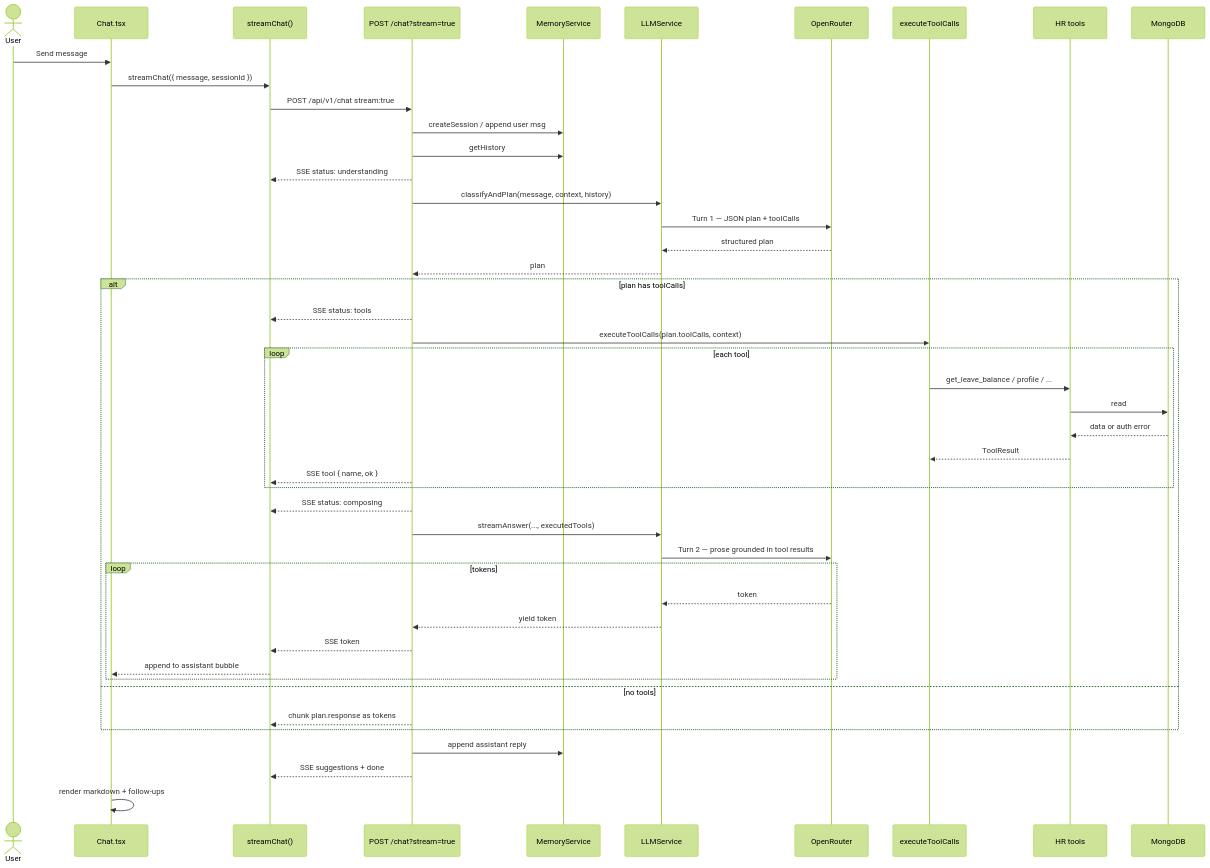
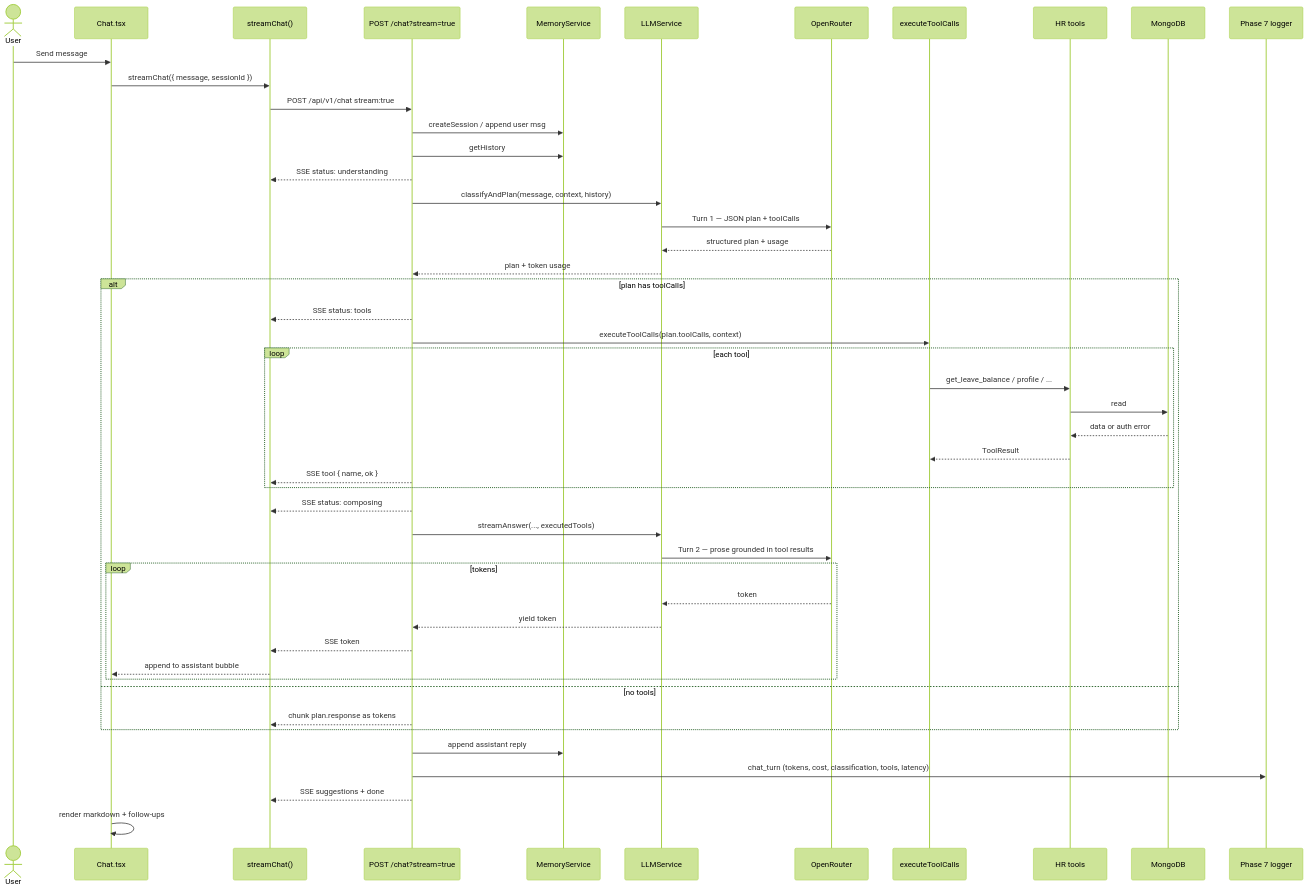
The fifth of 11 diagrams in ARCHITECTURE.md (sriramkasyap/Airtribe-AI-HR-Helpdesk-Assistant), drawn with Mermaid (forest theme) before and after one commit. The commit also changed other lines of this file and 21 other files, not shown here.

Commit message:
feat: enhance chat logging and cost tracking

````diff
--- a/ARCHITECTURE.md
+++ b/ARCHITECTURE.md
@@ -163,53 +163,55 @@
 ```mermaid
 sequenceDiagram
   actor User
   participant UI as Chat.tsx
   participant Client as streamChat()
   participant Route as POST /chat?stream=true
   participant Mem as MemoryService
   participant LLM as LLMService
   participant OR as OpenRouter
   participant Exec as executeToolCalls
   participant Tools as HR tools
   participant DB as MongoDB
+  participant Log as Phase 7 logger
 
   User->>UI: Send message
   UI->>Client: streamChat({ message, sessionId })
   Client->>Route: POST /api/v1/chat stream:true
 
   Route->>Mem: createSession / append user msg
   Route->>Mem: getHistory
   Route-->>Client: SSE status: understanding
 
   Route->>LLM: classifyAndPlan(message, context, history)
   LLM->>OR: Turn 1 — JSON plan + toolCalls
-  OR-->>LLM: structured plan
-  LLM-->>Route: plan
+  OR-->>LLM: structured plan + usage
+  LLM-->>Route: plan + token usage
 
   alt plan has toolCalls
     Route-->>Client: SSE status: tools
     Route->>Exec: executeToolCalls(plan.toolCalls, context)
     loop each tool
       Exec->>Tools: get_leave_balance / profile / ...
       Tools->>DB: read
       DB-->>Tools: data or auth error
       Tools-->>Exec: ToolResult
       Route-->>Client: SSE tool { name, ok }
     end
     Route-->>Client: SSE status: composing
     Route->>LLM: streamAnswer(..., executedTools)
     LLM->>OR: Turn 2 — prose grounded in tool results
     loop tokens
       OR-->>LLM: token
       LLM-->>Route: yield token
       Route-->>Client: SSE token
       Client-->>UI: append to assistant bubble
     end
   else no tools
     Route-->>Client: chunk plan.response as tokens
   end
 
   Route->>Mem: append assistant reply
+  Route->>Log: chat_turn (tokens, cost, classification, tools, latency)
   Route-->>Client: SSE suggestions + done
   UI->>UI: render markdown + follow-ups
 ```
````
